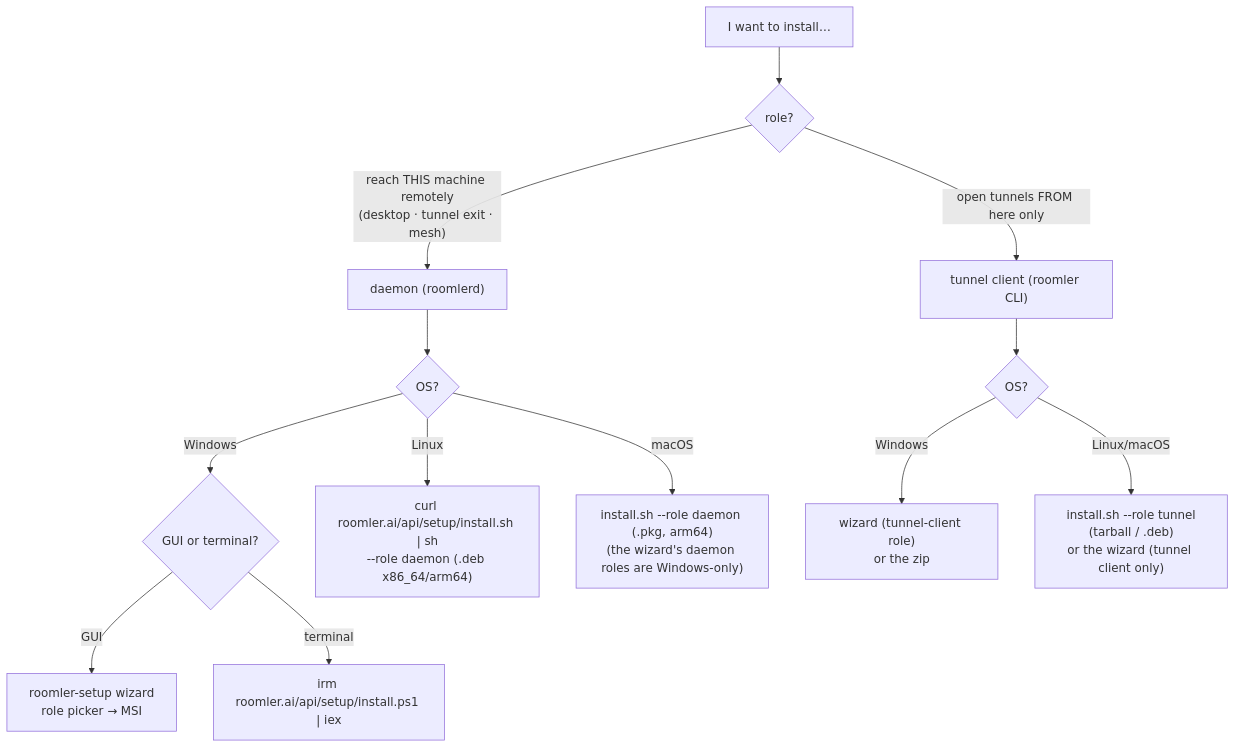
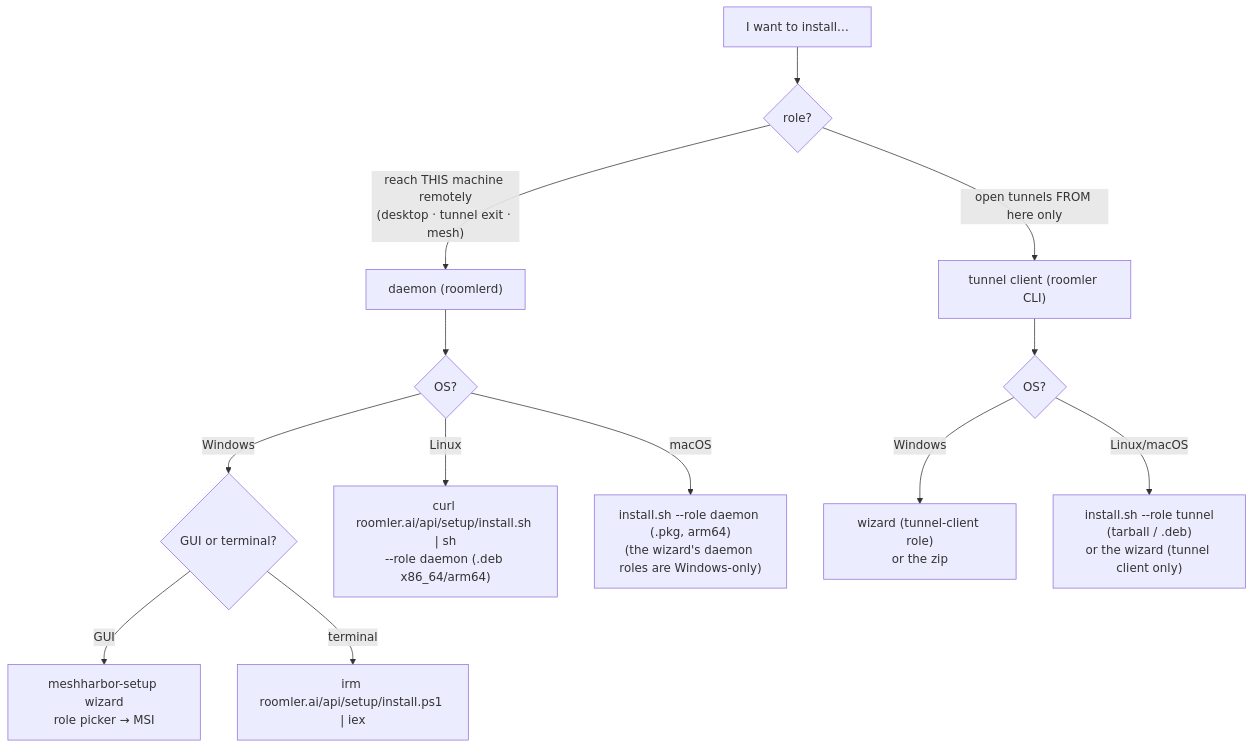
Before and after one commit to jk-zhang-meta/MeshHarbor: the first of 5 diagrams in docs/installation.md, drawn with Mermaid. The commit also changed other lines of this file and 1297 other files, not shown here.

First line of the commit message:
rename(1/5): crate, package and directory names roomler -> meshharbor

````diff
--- a/docs/installation.md
+++ b/docs/installation.md
@@ -11,17 +11,17 @@
 ```mermaid
 flowchart TB
     START["I want to install…"] --> ROLE{"role?"}
     ROLE -->|"reach THIS machine remotely<br/>(desktop · tunnel exit · mesh)"| DAEMON["daemon (roomlerd)"]
     ROLE -->|"open tunnels FROM here only"| TC["tunnel client (roomler CLI)"]
 
     DAEMON --> OS1{"OS?"}
     OS1 -->|Windows| WGUI{"GUI or terminal?"}
-    WGUI -->|GUI| WIZ["roomler-setup wizard<br/>role picker → MSI"]
+    WGUI -->|GUI| WIZ["meshharbor-setup wizard<br/>role picker → MSI"]
     WGUI -->|terminal| PS1["irm roomler.ai/api/setup/install.ps1 | iex"]
     OS1 -->|Linux| SH["curl roomler.ai/api/setup/install.sh | sh<br/>--role daemon (.deb x86_64/arm64)"]
     OS1 -->|macOS| PKG["install.sh --role daemon (.pkg, arm64)<br/>(the wizard's daemon roles are Windows-only)"]
 
     TC --> OS2{"OS?"}
     OS2 -->|Windows| TCW["wizard (tunnel-client role)<br/>or the zip"]
     OS2 -->|Linux/macOS| TCU["install.sh --role tunnel<br/>(tarball / .deb)<br/>or the wizard (tunnel client only)"]
 ```
````
